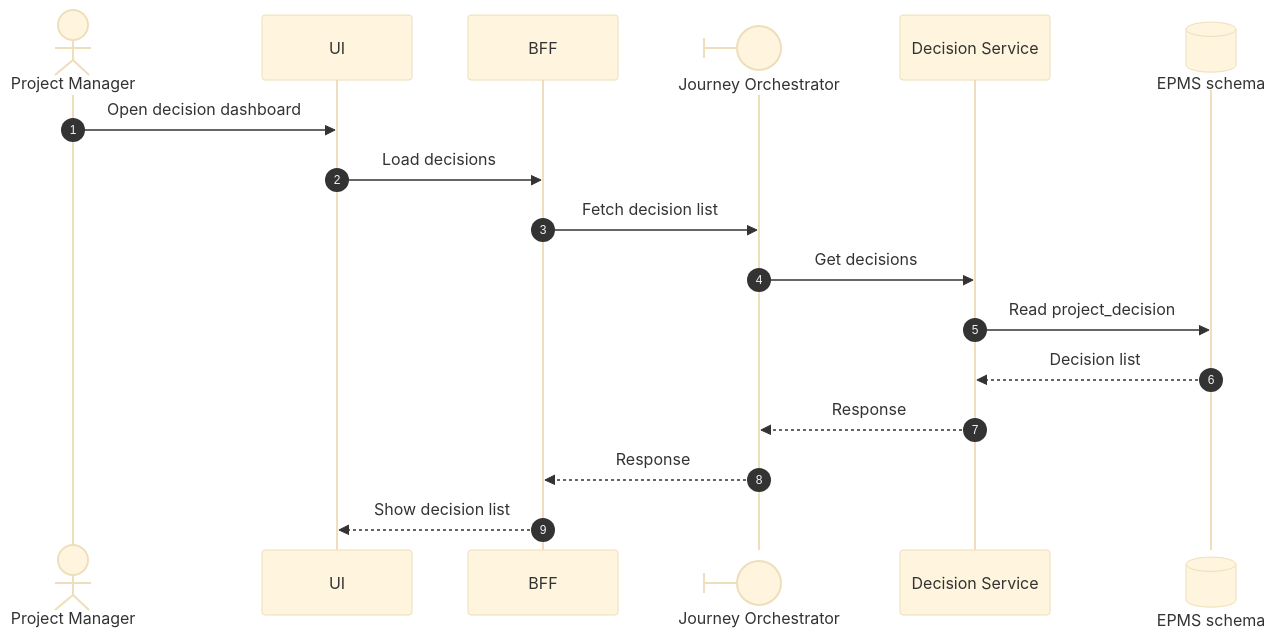
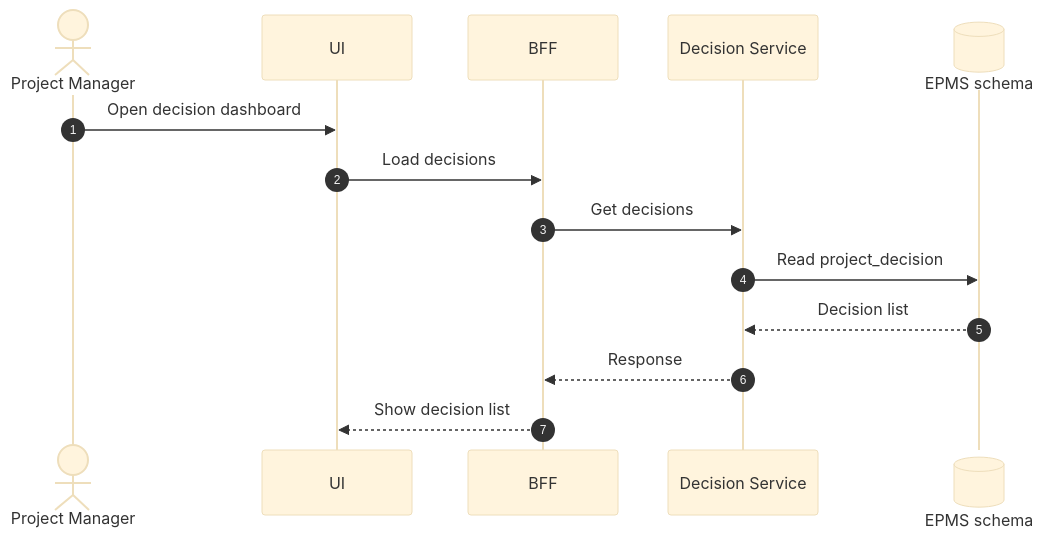
The diagram in 02 Solution Architecture/diagrams/Execution/view decision dashboard.mmd (sougata2000/epms), drawn with Mermaid before and after one commit. The commit also changed 41 other files, not shown here.

```diff
--- a/02 Solution Architecture/diagrams/Execution/view decision dashboard.mmd
+++ b/02 Solution Architecture/diagrams/Execution/view decision dashboard.mmd
@@ -1,25 +1,23 @@
 ---
 config:
   sequence: {}
   theme: base
 ---
 %%{init: {'flowchart': {'compactMode': true}}}%%
 sequenceDiagram
 autonumber
 actor PM as Project Manager
 
 participant UI
 participant BFF
-participant ORCH@{ "type":"boundary", "alias":"Journey Orchestrator"}
+%%participant ORCH@{ "type":"boundary", "alias":"Journey Orchestrator"}
 participant DEC as Decision Service
 participant READDB@{ "type": "database", "alias": "EPMS schema"}
 
 PM->>UI: Open decision dashboard
 UI->>BFF: Load decisions
-BFF->>ORCH: Fetch decision list
-ORCH->>DEC: Get decisions
+BFF->>DEC: Get decisions
 DEC->>READDB: Read project_decision
 READDB-->>DEC: Decision list
-DEC-->>ORCH: Response
-ORCH-->>BFF: Response
+DEC-->>BFF: Response
 BFF-->>UI: Show decision list
```
